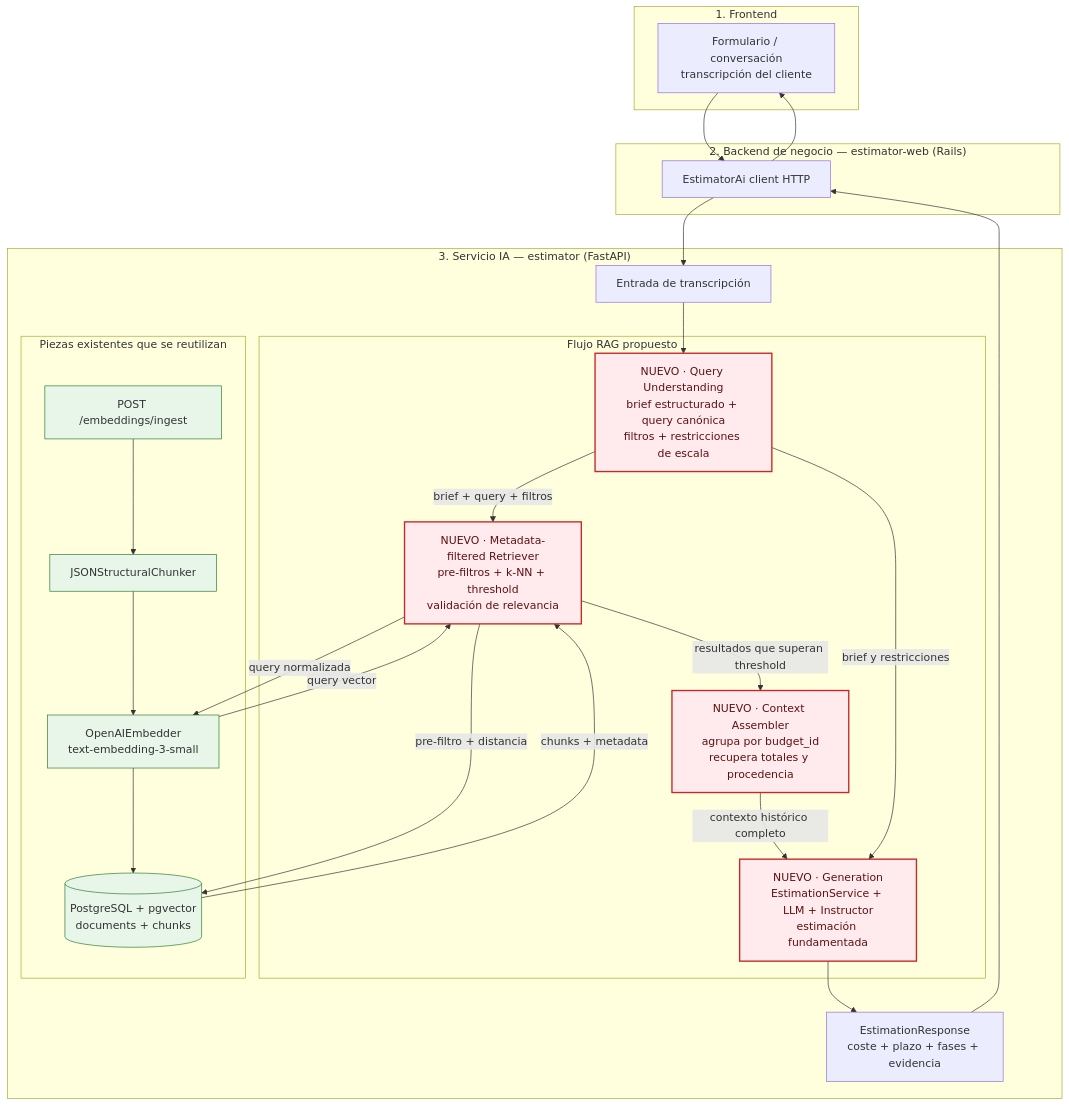
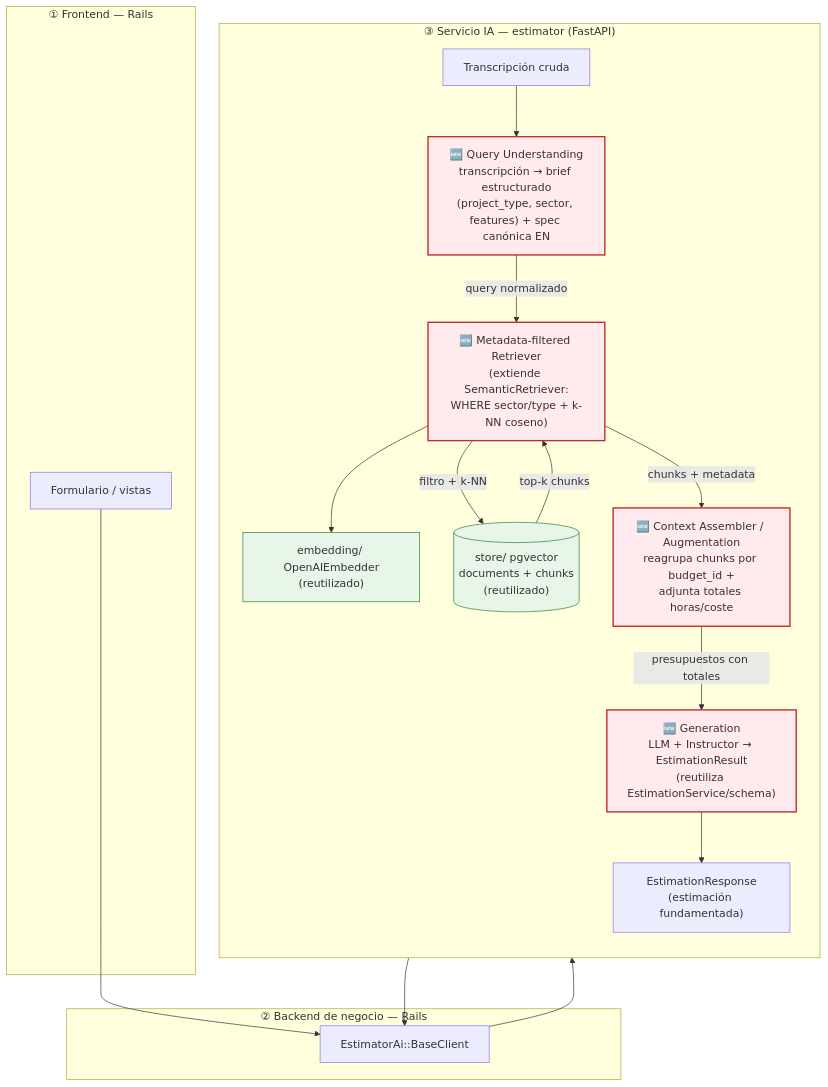
The second of 2 diagrams in arquitectura-actual.md (tournemonde/ai-engineering), drawn with Mermaid before and after one commit. The commit also changed other lines of this file and 126 other files, not shown here.

````diff
--- a/arquitectura-actual.md
+++ b/arquitectura-actual.md
@@ -362,52 +265,38 @@
 ```mermaid
 flowchart TB
-    subgraph frontend["1. Frontend"]
-        UI["Formulario / conversación<br/>transcripción del cliente"]
+    subgraph FE["① Frontend — Rails"]
+        UI["Formulario / vistas"]
+    end
+    subgraph BIZ["② Backend de negocio — Rails"]
+        AIClient["EstimatorAi::BaseClient"]
     end
 
-    subgraph business["2. Backend de negocio — estimator-web (Rails)"]
-        Client["EstimatorAi client HTTP"]
+    subgraph AI["③ Servicio IA — estimator (FastAPI)"]
+        direction TB
+
+        Trans["Transcripción cruda"]
+
+        QU["🆕 Query Understanding<br/>transcripción → brief estructurado<br/>(project_type, sector, features) + spec canónica EN"]
+        Retr2["🆕 Metadata-filtered Retriever<br/>(extiende SemanticRetriever:<br/>WHERE sector/type + k-NN coseno)"]
+        Store[("store/ pgvector<br/>documents + chunks<br/>(reutilizado)")]
+        Embed["embedding/ OpenAIEmbedder<br/>(reutilizado)"]
+        Asm["🆕 Context Assembler / Augmentation<br/>reagrupa chunks por budget_id +<br/>adjunta totales horas/coste"]
+        Gen["🆕 Generation<br/>LLM + Instructor → EstimationResult<br/>(reutiliza EstimationService/schema)"]
+        Est["EstimationResponse<br/>(estimación fundamentada)"]
     end
 
-    subgraph ai["3. Servicio IA — estimator (FastAPI)"]
-        Entry["Entrada de transcripción"]
+    UI --> AIClient --> Trans --> QU
+    QU -->|"query normalizado"| Retr2
+    Retr2 --> Embed
+    Retr2 -->|"filtro + k-NN"| Store
+    Store -->|"top-k chunks"| Retr2
+    Retr2 -->|"chunks + metadata"| Asm
+    Asm -->|"presupuestos con totales"| Gen
+    Gen --> Est --> AIClient
 
-        subgraph new_flow["Flujo RAG propuesto"]
-            QU["NUEVO · Query Understanding<br/>brief estructurado + query canónica<br/>filtros + restricciones de escala"]
-            FilteredRetriever["NUEVO · Metadata-filtered Retriever<br/>pre-filtros + k-NN + threshold<br/>validación de relevancia"]
-            Assembler["NUEVO · Context Assembler<br/>agrupa por budget_id<br/>recupera totales y procedencia"]
-            Generation["NUEVO · Generation<br/>EstimationService + LLM + Instructor<br/>estimación fundamentada"]
-        end
+    classDef done fill:#e8f5e9,stroke:#2e7d32,stroke-width:1px;
+    classDef new fill:#ffebee,stroke:#c62828,stroke-width:2px;
 
-        subgraph existing["Piezas existentes que se reutilizan"]
-            Embedder["OpenAIEmbedder<br/>text-embedding-3-small"]
-            Store[("PostgreSQL + pgvector<br/>documents + chunks")]
-            Chunker["JSONStructuralChunker"]
-            Ingest["POST /embeddings/ingest"]
-        end
-
-        Response["EstimationResponse<br/>coste + plazo + fases + evidencia"]
-
-        Entry --> QU
-        QU -->|"brief + query + filtros"| FilteredRetriever
-        FilteredRetriever -->|"query normalizada"| Embedder
-        Embedder -->|"query vector"| FilteredRetriever
-        FilteredRetriever -->|"pre-filtro + distancia"| Store
-        Store -->|"chunks + metadata"| FilteredRetriever
-        FilteredRetriever -->|"resultados que superan threshold"| Assembler
-        Assembler -->|"contexto histórico completo"| Generation
-        QU -->|"brief y restricciones"| Generation
-        Generation --> Response
-
-        Ingest --> Chunker --> Embedder
-        Embedder --> Store
-    end
-
-    UI --> Client --> Entry
-    Response --> Client --> UI
-
-    classDef existing fill:#e8f5e9,stroke:#2e7d32,stroke-width:1px;
-    classDef new fill:#ffebee,stroke:#c62828,stroke-width:2px,color:#5f1010;
-    class Embedder,Store,Chunker,Ingest existing;
-    class QU,FilteredRetriever,Assembler,Generation new;
+    class Store,Embed done;
+    class QU,Retr2,Asm,Gen new;
 ```
````
